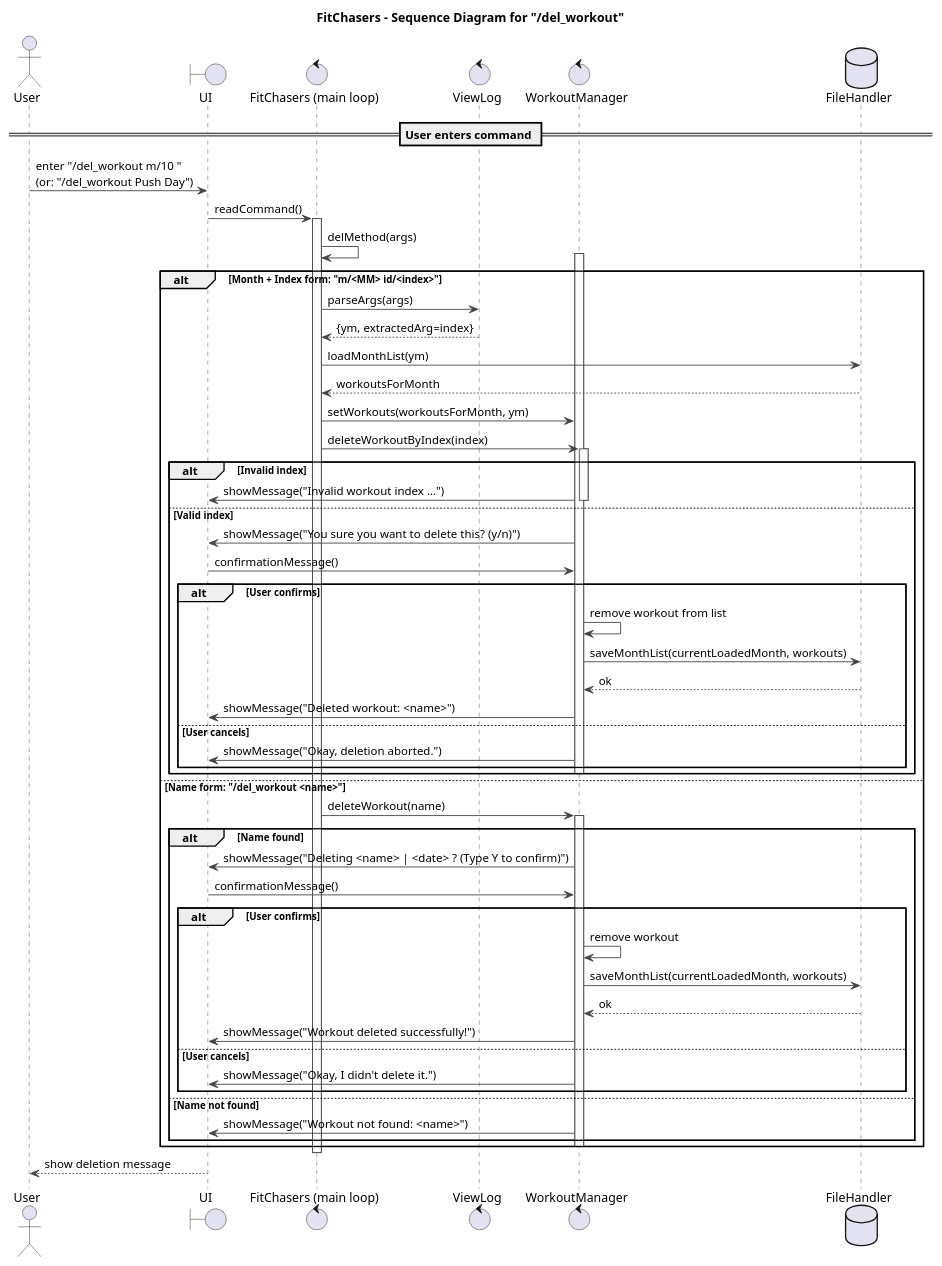
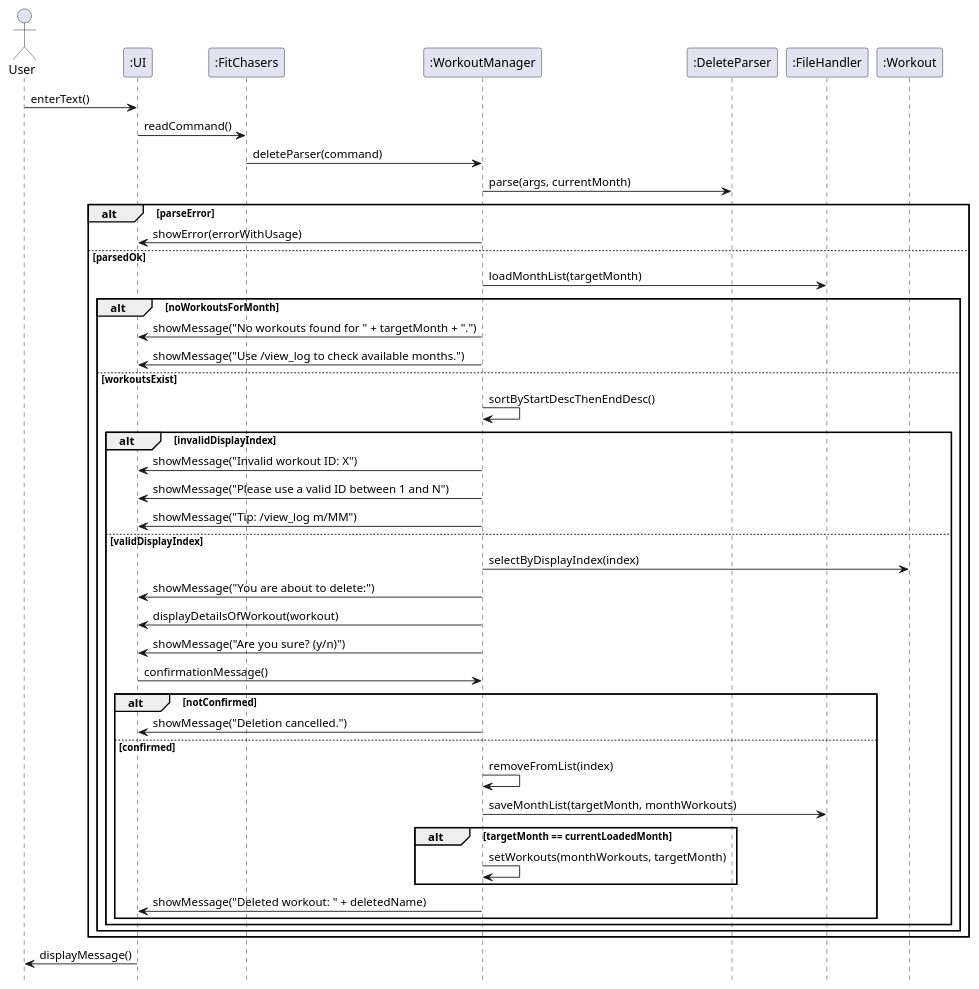
One commit to Exceptional-Khoi/tp changed the diagram in docs/diagrams/UML_del_workout.puml. Above: the diagram before and after it, drawn with PlantUML. The commit also changed other lines of this file and 12 other files, not shown here.

Commit message:
Formatted all sequence diagrams

```diff
--- a/docs/diagrams/UML_del_workout.puml
+++ b/docs/diagrams/UML_del_workout.puml
@@ -2,87 +1,62 @@
 @startuml
-title FitChasers – Sequence Diagram for "/del_workout"
 
+' --- Styling (kept minimal & consistent) ---
+skinparam sequenceParticipantType rectangle
 skinparam shadowing false
 skinparam responseMessageBelowArrow true
-skinparam sequence {
-  ArrowColor #444
-  LifeLineBorderColor #444
-  LifeLineBackgroundColor #FAFAFA
-  ParticipantBorderColor #222
-  ParticipantBackgroundColor #F7F7F7
-  BoxBorderColor #AAA
-  BoxBackgroundColor #FFF
-  NoteBorderColor #AAA
-  NoteBackgroundColor #FFF
-}
+hide footbox
 
-actor User
-boundary UI as "UI"
-control FitChasers as "FitChasers (main loop)"
-control VL as "ViewLog"
-control WM as "WorkoutManager"
-database FH as "FileHandler"
+actor    User
+participant ":UI" as UI
+participant ":FitChasers" as App
+participant ":WorkoutManager" as WM
+participant ":DeleteParser" as DP
+participant ":FileHandler" as FH
+participant ":Workout" as W
 
-== User enters command ==
-User -> UI : enter "/del_workout m/10 "\n(or: "/del_workout Push Day")
-UI -> FitChasers : readCommand()
-activate FitChasers
+User -> UI : enterText()
+UI -> App : readCommand()
+App -> WM : deleteParser(command)
 
-FitChasers -> FitChasers : delMethod(args)
-activate WM #white
+WM -> DP : parse(args, currentMonth)
 
-alt Month + Index form: "m/<MM> id/<index>"
-  FitChasers -> VL : parseArgs(args)
-  VL --> FitChasers : {ym, extractedArg=index}
+alt parseError
+  WM -> UI : showError(errorWithUsage)
+else parsedOk
+  WM -> FH : loadMonthList(targetMonth)
 
-  ' load the month file and switch WM's working set
-  FitChasers -> FH : loadMonthList(ym)
-  FH --> FitChasers : workoutsForMonth
-  FitChasers -> WM : setWorkouts(workoutsForMonth, ym)
+  alt noWorkoutsForMonth
+    WM -> UI : showMessage("No workouts found for " + targetMonth + ".")
+    WM -> UI : showMessage("Use /view_log to check available months.")
+  else workoutsExist
+    WM -> WM : sortByStartDescThenEndDesc()
 
-  ' ask WM to delete by index
-  FitChasers -> WM : deleteWorkoutByIndex(index)
-  activate WM
-  alt Invalid index
-    WM -> UI : showMessage("Invalid workout index ...")
-    deactivate WM
-  else Valid index
-    WM -> UI : showMessage("You sure you want to delete this? (y/n)")
-    UI -> WM : confirmationMessage()
-    alt User confirms
-      WM -> WM : remove workout from list
-      WM -> FH : saveMonthList(currentLoadedMonth, workouts)
-      FH --> WM : ok
-      WM -> UI : showMessage("Deleted workout: <name>")
-    else User cancels
-      WM -> UI : showMessage("Okay, deletion aborted.")
+    alt invalidDisplayIndex
+      WM -> UI : showMessage("Invalid workout ID: X")
+      WM -> UI : showMessage("Please use a valid ID between 1 and N")
+      WM -> UI : showMessage("Tip: /view_log m/MM")
+    else validDisplayIndex
+      WM -> W : selectByDisplayIndex(index)
+      WM -> UI : showMessage("You are about to delete:")
+      WM -> UI : displayDetailsOfWorkout(workout)
+      WM -> UI : showMessage("Are you sure? (y/n)")
+      UI -> WM : confirmationMessage()
+
+      alt notConfirmed
+        WM -> UI : showMessage("Deletion cancelled.")
+      else confirmed
+        WM -> WM : removeFromList(index)
+        WM -> FH : saveMonthList(targetMonth, monthWorkouts)
+
+        alt targetMonth == currentLoadedMonth
+          WM -> WM : setWorkouts(monthWorkouts, targetMonth)
+        end
+
+        WM -> UI : showMessage("Deleted workout: " + deletedName)
+      end
     end
-    deactivate WM
   end
-
-else Name form: "/del_workout <name>"
-  FitChasers -> WM : deleteWorkout(name)
-  activate WM
-  alt Name found
-    WM -> UI : showMessage("Deleting <name> | <date> ? (Type Y to confirm)")
-    UI -> WM : confirmationMessage()
-    alt User confirms
-      WM -> WM : remove workout
-      WM -> FH : saveMonthList(currentLoadedMonth, workouts)
-      FH --> WM : ok
-      WM -> UI : showMessage("Workout deleted successfully!")
-    else User cancels
-      WM -> UI : showMessage("Okay, I didn't delete it.")
-    end
-  else Name not found
-    WM -> UI : showMessage("Workout not found: <name>")
-  end
-  deactivate WM
 end
 
-deactivate FitChasers
-
-' Optional: UI shows final status to User
-UI --> User : show deletion message
-
+UI -> User : displayMessage()
 @enduml
```
